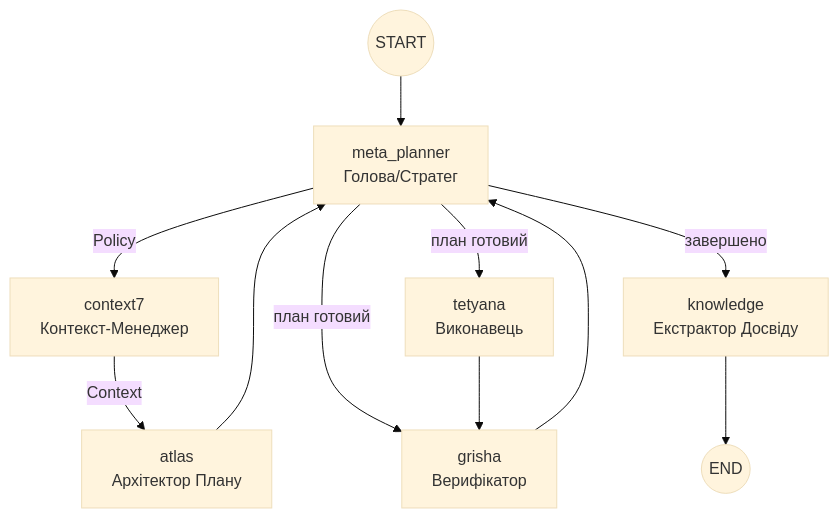
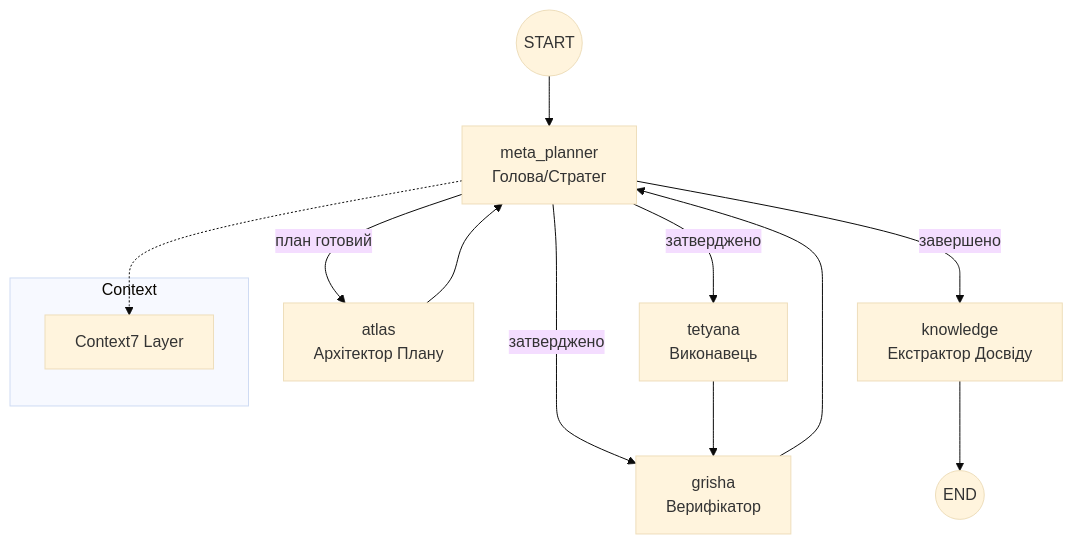
Before and after one commit to olegkizyma008-rgb/System: the diagram in README.md, drawn with Mermaid (base theme). The commit also changed other lines of this file, not shown here.

````diff
--- a/README.md
+++ b/README.md
@@ -24,13 +24,17 @@
 ```mermaid
 graph TD
     START((START)) --> MP[meta_planner<br/>Голова/Стратег]
-    MP -->|Policy| C7[context7<br/>Контекст-Менеджер]
-    C7 -->|Context| A[atlas<br/>Архітектор Плану]
-    MP -->|план готовий| T[tetyana<br/>Виконавець]
-    MP -->|план готовий| G[grisha<br/>Верифікатор]
+    MP -->|план готовий| A[atlas<br/>Архітектор Плану]
     A --> MP
+    MP -->|затверджено| T[tetyana<br/>Виконавець]
+    MP -->|затверджено| G[grisha<br/>Верифікатор]
     T --> G
     G --> MP
     MP -->|завершено| K[knowledge<br/>Екстрактор Досвіду]
     K --> END((END))
+    
+    subgraph Context
+        C7[Context7 Layer]
+    end
+    MP -.-> C7
 ```
````
